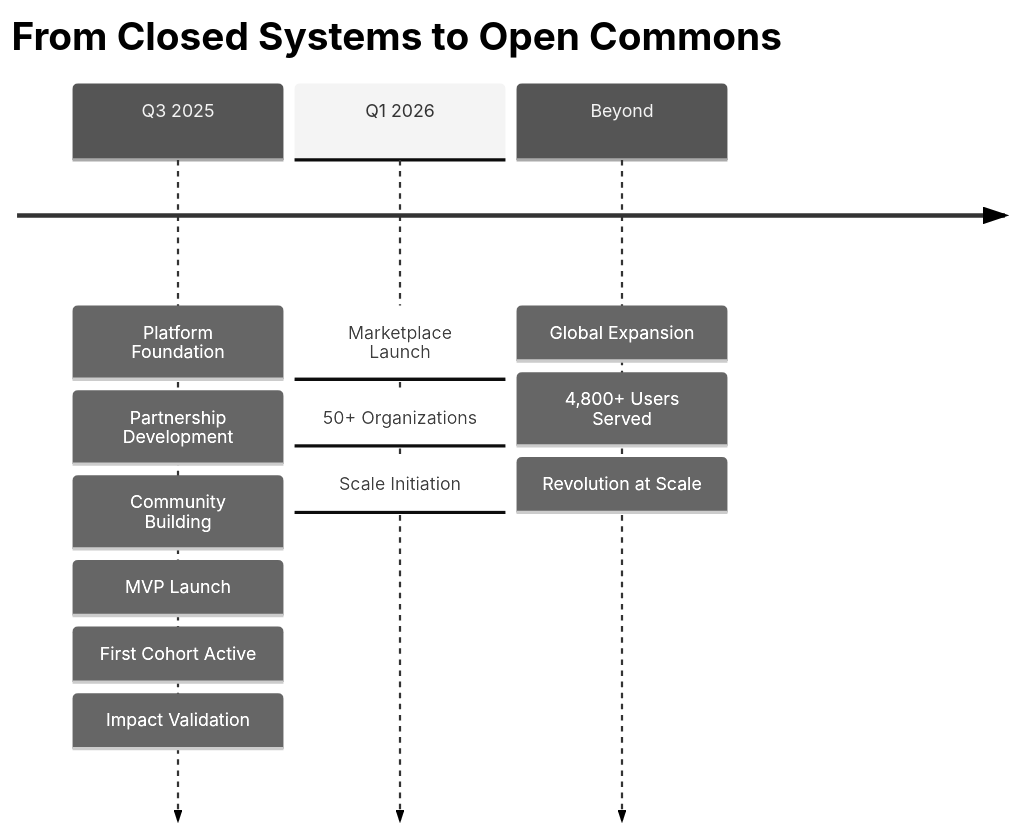
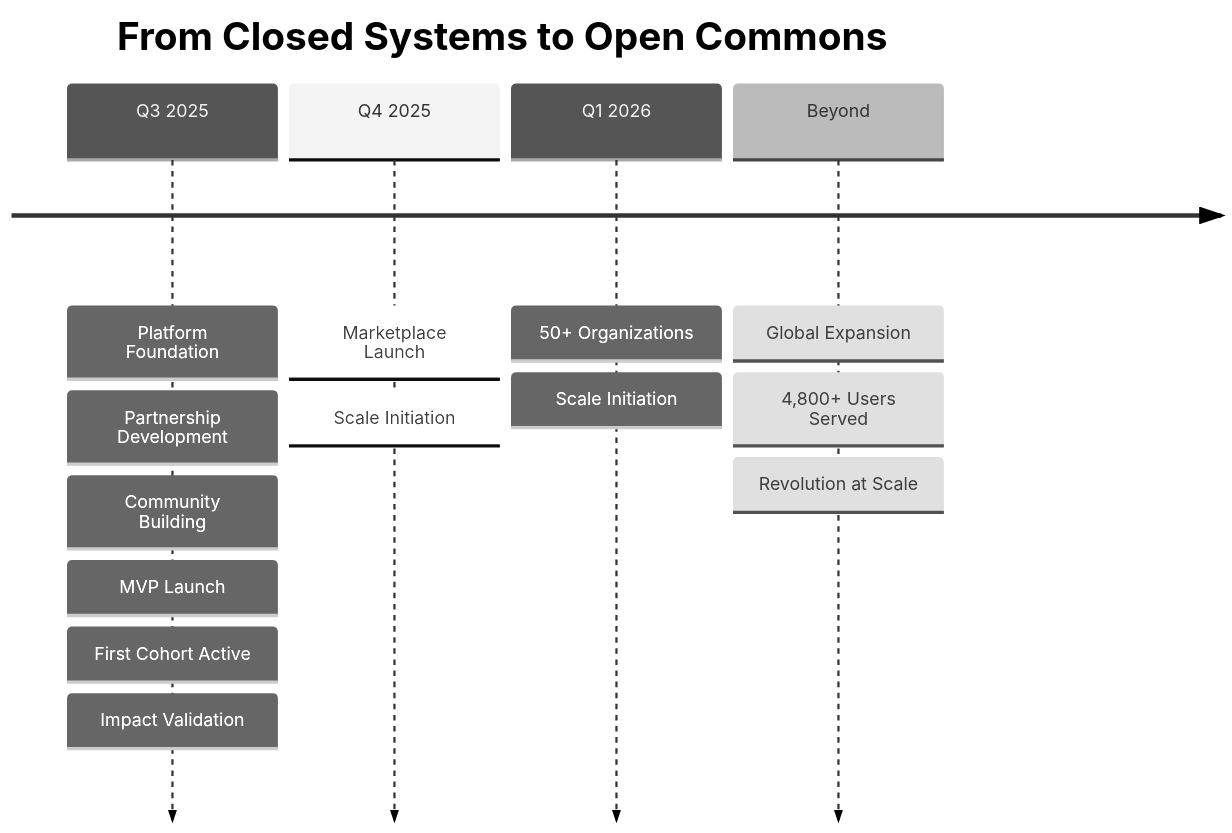
One commit to briefcasebrain/.github changed the diagram in profile/README.md. Above: the diagram before and after it, drawn with Mermaid (neutral theme). The commit also changed other lines of this file, not shown here.

````diff
--- a/profile/README.md
+++ b/profile/README.md
@@ -121,19 +121,21 @@
 ```mermaid
 timeline
     title From Closed Systems to Open Commons
     
     Q3 2025  : Platform Foundation
              : Partnership Development
              : Community Building
              : MVP Launch
              : First Cohort Active
              : Impact Validation
     
-    Q1 2026  : Marketplace Launch
-             : 50+ Organizations
+    Q4 2025  : Marketplace Launch
+             : Scale Initiation
+
+    Q1 2026  : 50+ Organizations
              : Scale Initiation
     
     Beyond   : Global Expansion
              : 4,800+ Users Served
              : Revolution at Scale
 ```
````
